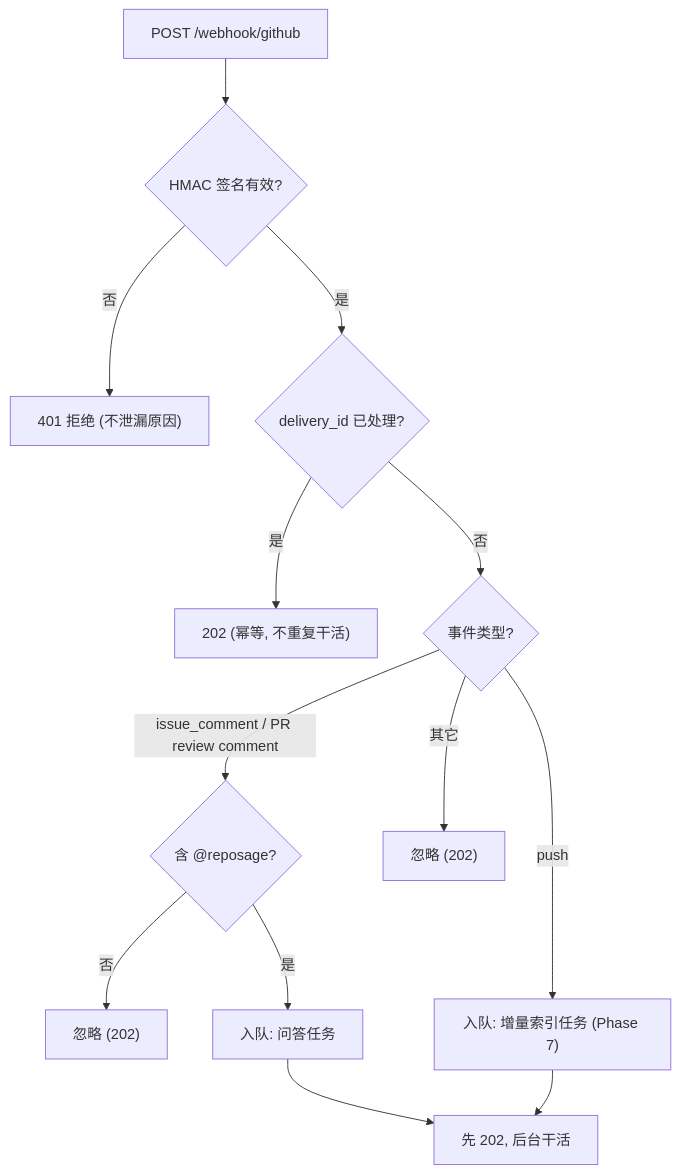
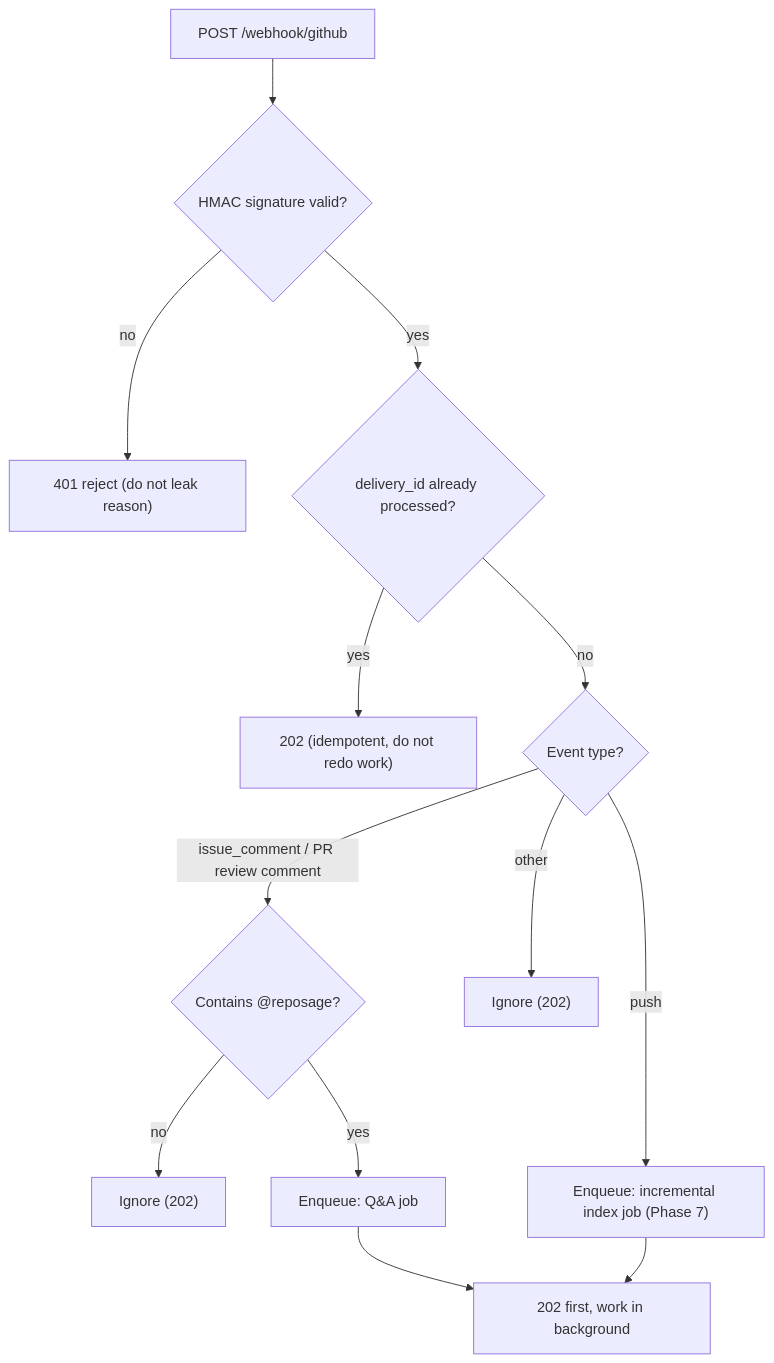
Before and after one commit to AndyUneducated/repo-sage: the third of 3 diagrams in docs/plans/phase-10-github-app.md, drawn with Mermaid. The commit also changed other lines of this file and 14 other files, not shown here.

````diff
--- a/docs/plans/phase-10-github-app.md
+++ b/docs/plans/phase-10-github-app.md
@@ -110,15 +110,15 @@
 ```mermaid
 flowchart TD
-  IN["POST /webhook/github"] --> SIG{"HMAC 签名有效?"}
-  SIG -- 否 --> R401["401 拒绝 (不泄漏原因)"]
-  SIG -- 是 --> DUP{"delivery_id 已处理?"}
-  DUP -- 是 --> ACKdup["202 (幂等, 不重复干活)"]
-  DUP -- 否 --> EVT{"事件类型?"}
-  EVT -- issue_comment / PR review comment --> MENT{"含 @reposage?"}
-  MENT -- 否 --> IGN["忽略 (202)"]
-  MENT -- 是 --> QA["入队: 问答任务"]
-  EVT -- push --> IDX["入队: 增量索引任务 (Phase 7)"]
-  EVT -- 其它 --> IGN2["忽略 (202)"]
-  QA --> ACK["先 202, 后台干活"]
+  IN["POST /webhook/github"] --> SIG{"HMAC signature valid?"}
+  SIG -- no --> R401["401 reject (do not leak reason)"]
+  SIG -- yes --> DUP{"delivery_id already processed?"}
+  DUP -- yes --> ACKdup["202 (idempotent, do not redo work)"]
+  DUP -- no --> EVT{"Event type?"}
+  EVT -- issue_comment / PR review comment --> MENT{"Contains @reposage?"}
+  MENT -- no --> IGN["Ignore (202)"]
+  MENT -- yes --> QA["Enqueue: Q&A job"]
+  EVT -- push --> IDX["Enqueue: incremental index job (Phase 7)"]
+  EVT -- other --> IGN2["Ignore (202)"]
+  QA --> ACK["202 first, work in background"]
   IDX --> ACK
 ```
````
